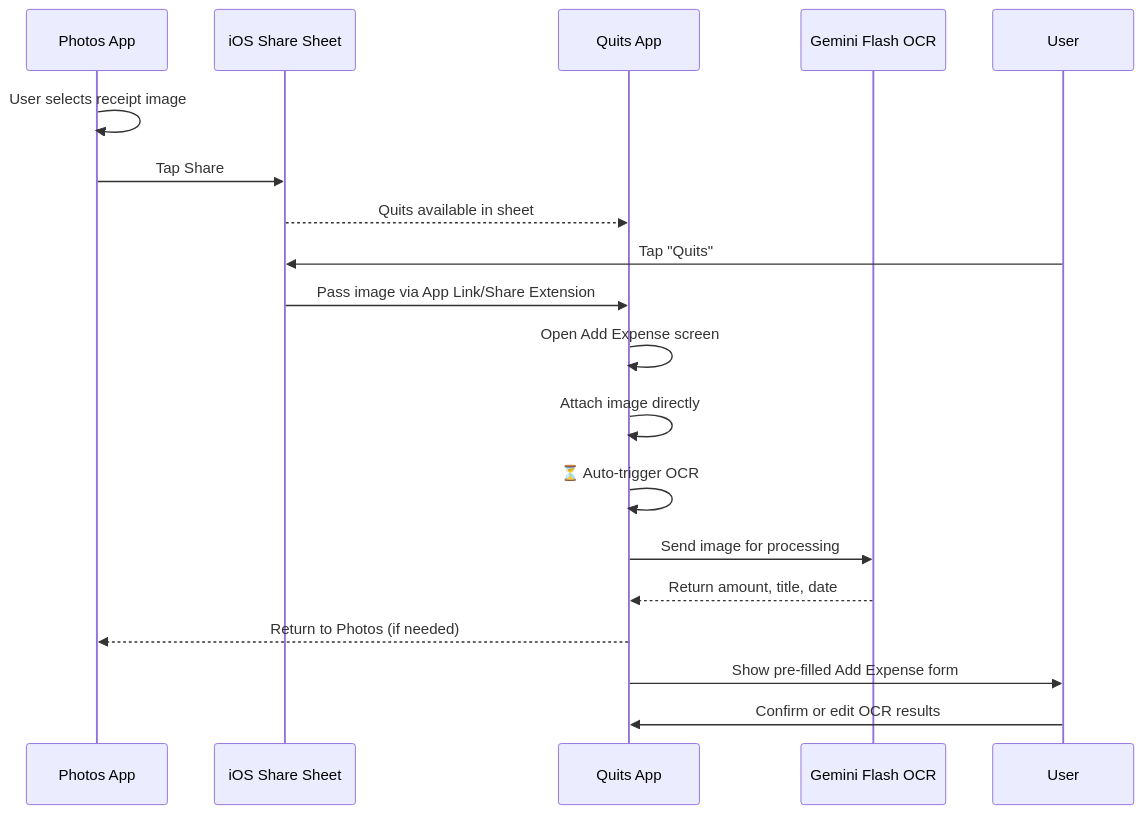
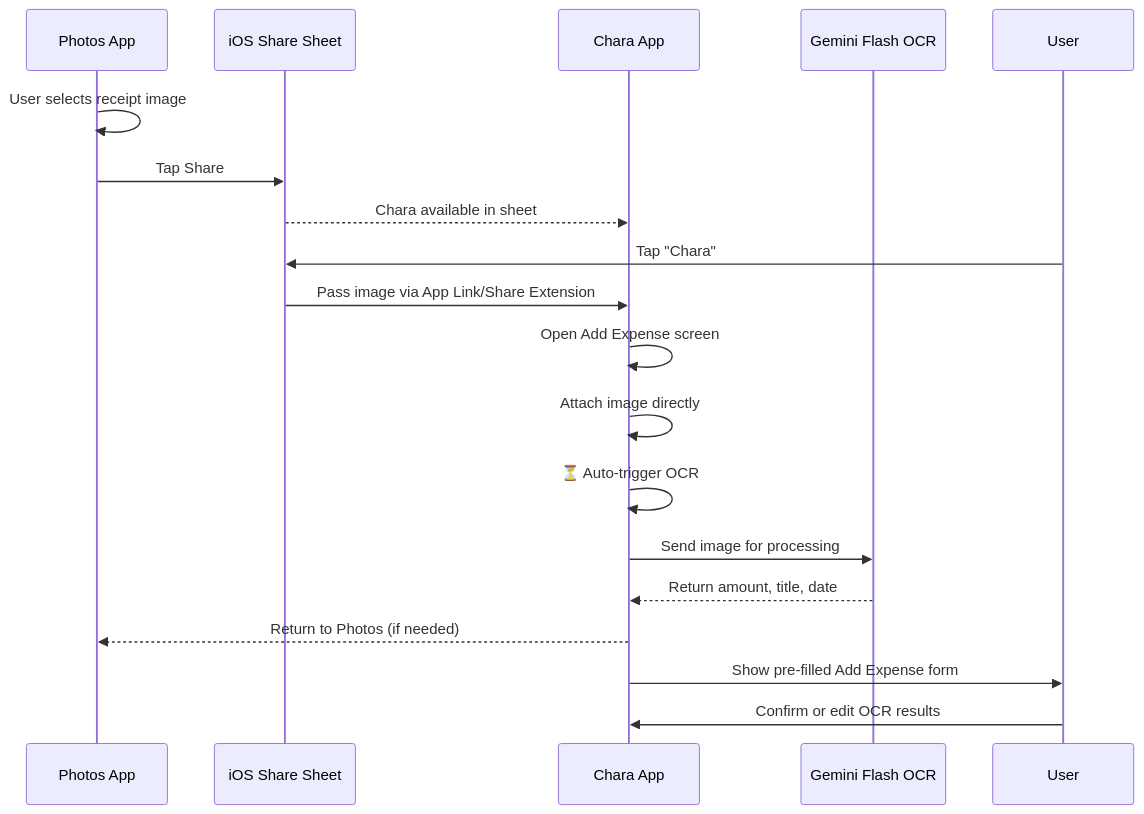
Diagram 11 of 13 in docs/ux/05-add-expense.md (DowLucas/chara), drawn with Mermaid before and after one commit. The commit also changed other lines of this file and 207 other files, not shown here.

````diff
--- a/docs/ux/05-add-expense.md
+++ b/docs/ux/05-add-expense.md
@@ -322,25 +322,25 @@
 ```mermaid
 sequenceDiagram
     participant Photos as Photos App
     participant ShareSheet as iOS Share Sheet
-    participant Quits as Quits App
+    participant Chara as Chara App
     participant OCR as Gemini Flash OCR
     
     Photos->>Photos: User selects receipt image
     Photos->>ShareSheet: Tap Share
-    ShareSheet-->>Quits: Quits available in sheet
+    ShareSheet-->>Chara: Chara available in sheet
     
-    User->>ShareSheet: Tap "Quits"
-    ShareSheet->>Quits: Pass image via App Link/Share Extension
+    User->>ShareSheet: Tap "Chara"
+    ShareSheet->>Chara: Pass image via App Link/Share Extension
     
-    Quits->>Quits: Open Add Expense screen
-    Quits->>Quits: Attach image directly
-    Quits->>Quits: ⏳ Auto-trigger OCR
+    Chara->>Chara: Open Add Expense screen
+    Chara->>Chara: Attach image directly
+    Chara->>Chara: ⏳ Auto-trigger OCR
     
-    Quits->>OCR: Send image for processing
-    OCR-->>Quits: Return amount, title, date
+    Chara->>OCR: Send image for processing
+    OCR-->>Chara: Return amount, title, date
     
-    Quits-->>Photos: Return to Photos (if needed)
-    Quits->>User: Show pre-filled Add Expense form
-    User->>Quits: Confirm or edit OCR results
+    Chara-->>Photos: Return to Photos (if needed)
+    Chara->>User: Show pre-filled Add Expense form
+    User->>Chara: Confirm or edit OCR results
 ```
````
